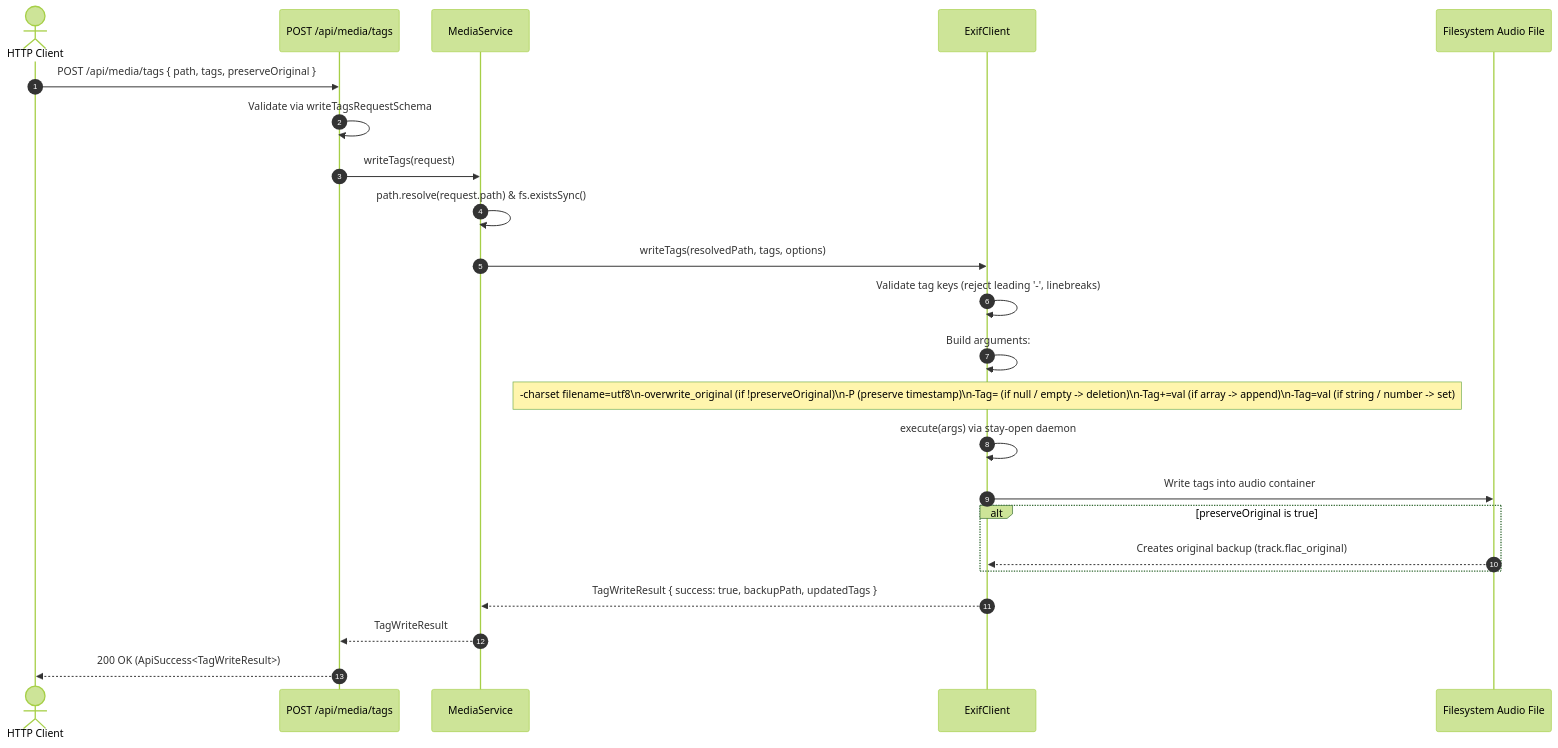
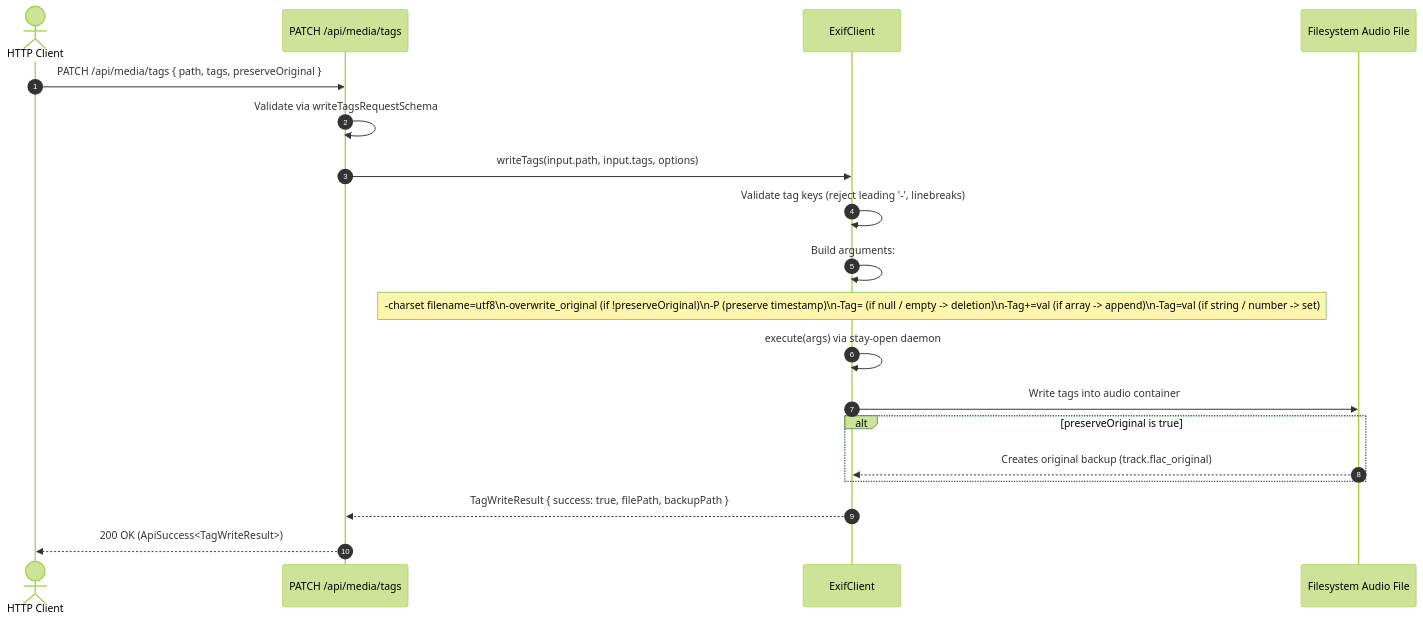
One commit to Manishtripathi-108/my-music changed the sixth of 7 diagrams in README.md. Above: the diagram before and after it, drawn with Mermaid (forest theme). The commit also changed other lines of this file and 3 other files, not shown here.

````diff
--- a/README.md
+++ b/README.md
@@ -346,29 +339,25 @@
 ```mermaid
 sequenceDiagram
     autonumber
     actor Client as HTTP Client
-    participant Route as POST /api/media/tags
-    participant Service as MediaService
+    participant Route as PATCH /api/media/tags
     participant Exif as ExifClient
     participant File as Filesystem Audio File
 
-    Client->>Route: POST /api/media/tags { path, tags, preserveOriginal }
+    Client->>Route: PATCH /api/media/tags { path, tags, preserveOriginal }
     Route->>Route: Validate via writeTagsRequestSchema
-    Route->>Service: writeTags(request)
-    Service->>Service: path.resolve(request.path) & fs.existsSync()
-    Service->>Exif: writeTags(resolvedPath, tags, options)
+    Route->>Exif: writeTags(input.path, input.tags, options)
 
     Exif->>Exif: Validate tag keys (reject leading '-', linebreaks)
     Exif->>Exif: Build arguments:
     Note over Exif: -charset filename=utf8\n-overwrite_original (if !preserveOriginal)\n-P (preserve timestamp)\n-Tag= (if null / empty -> deletion)\n-Tag+=val (if array -> append)\n-Tag=val (if string / number -> set)
     Exif->>Exif: execute(args) via stay-open daemon
 
     Exif->>File: Write tags into audio container
     alt preserveOriginal is true
         File-->>Exif: Creates original backup (track.flac_original)
     end
 
-    Exif-->>Service: TagWriteResult { success: true, backupPath, updatedTags }
-    Service-->>Route: TagWriteResult
+    Exif-->>Route: TagWriteResult { success: true, filePath, backupPath }
     Route-->>Client: 200 OK (ApiSuccess<TagWriteResult>)
 ```
````
